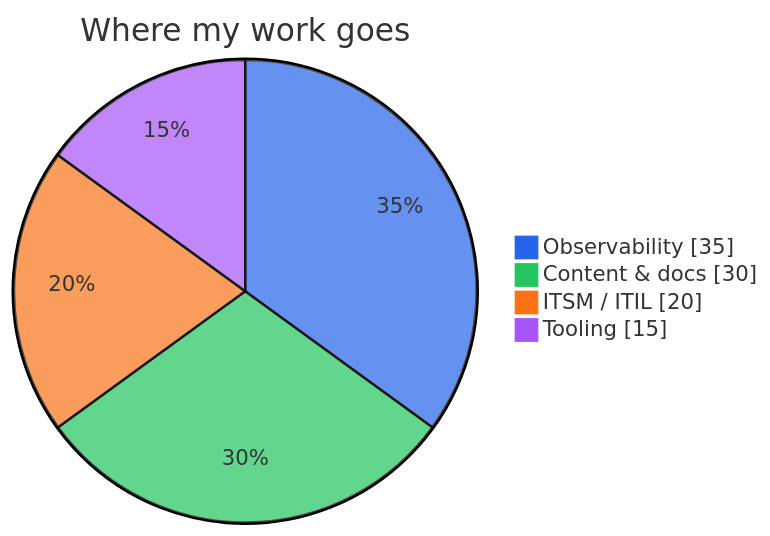
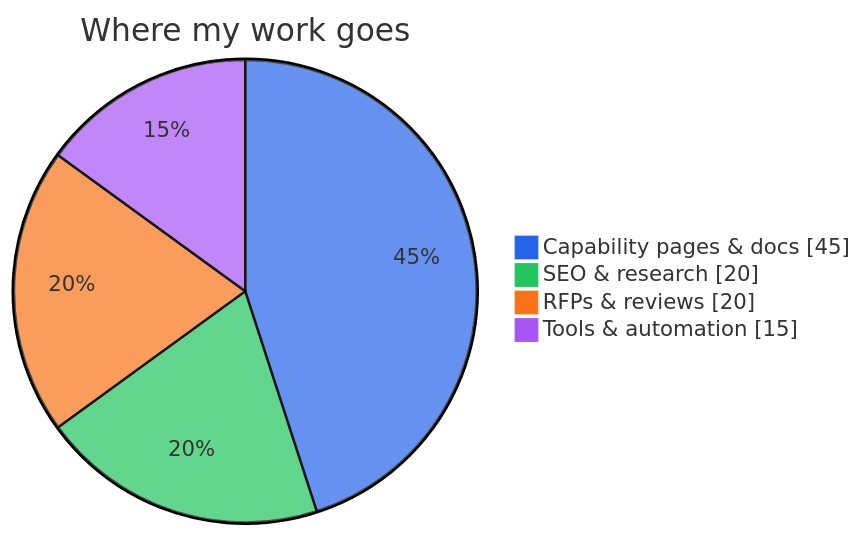
Before and after one commit to dharmik136/dharmik136: the first of 6 diagrams in README.md, drawn with Mermaid.

Commit message:
content: accurate pie proportions (content-dominant activity buckets)

````diff
--- a/README.md
+++ b/README.md
@@ -28,9 +28,9 @@
 ```mermaid
 %%{init: {'theme':'base','themeVariables':{'pie1':'#2563eb','pie2':'#22c55e','pie3':'#f97316','pie4':'#a855f7'}}}%%
 pie showData
   title Where my work goes
-  "Observability" : 35
-  "Content & docs" : 30
-  "ITSM / ITIL" : 20
-  "Tooling" : 15
+  "Capability pages & docs" : 45
+  "SEO & research" : 20
+  "RFPs & reviews" : 20
+  "Tools & automation" : 15
 ```
````
